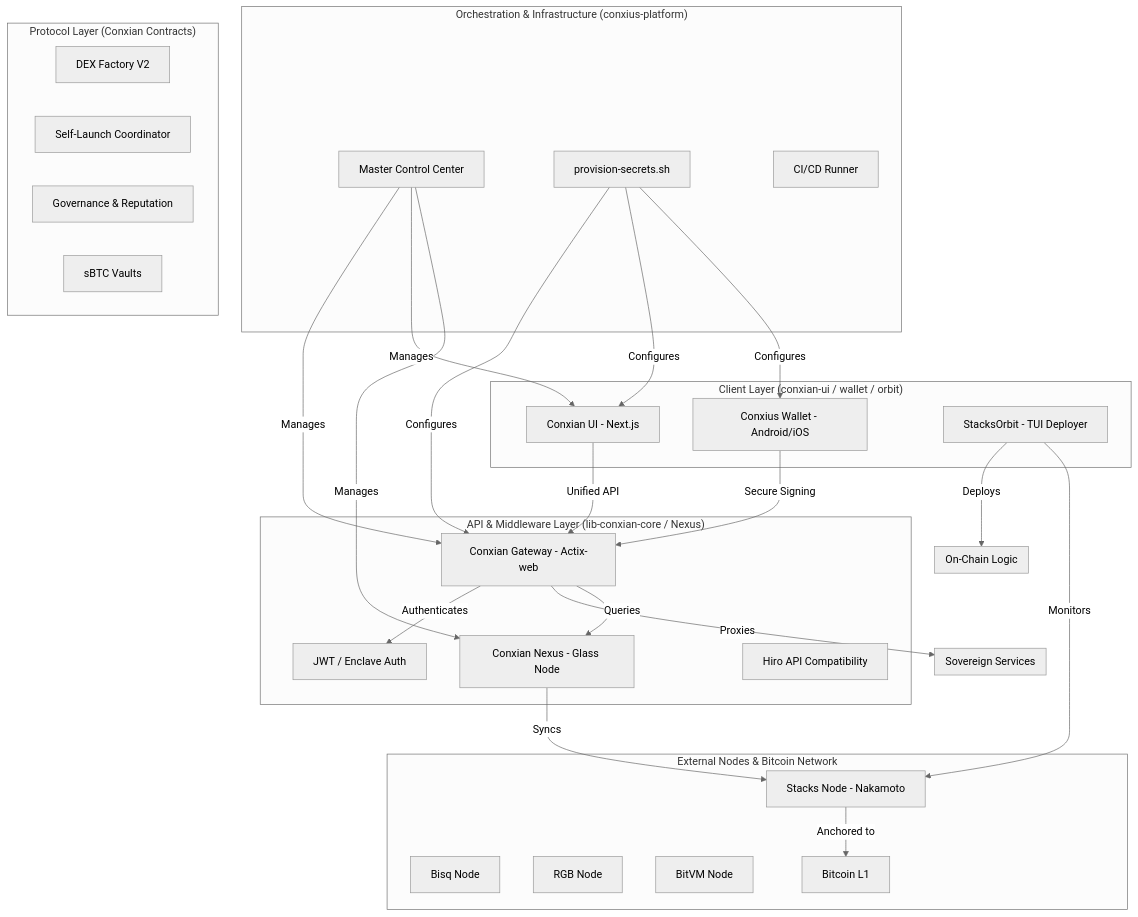
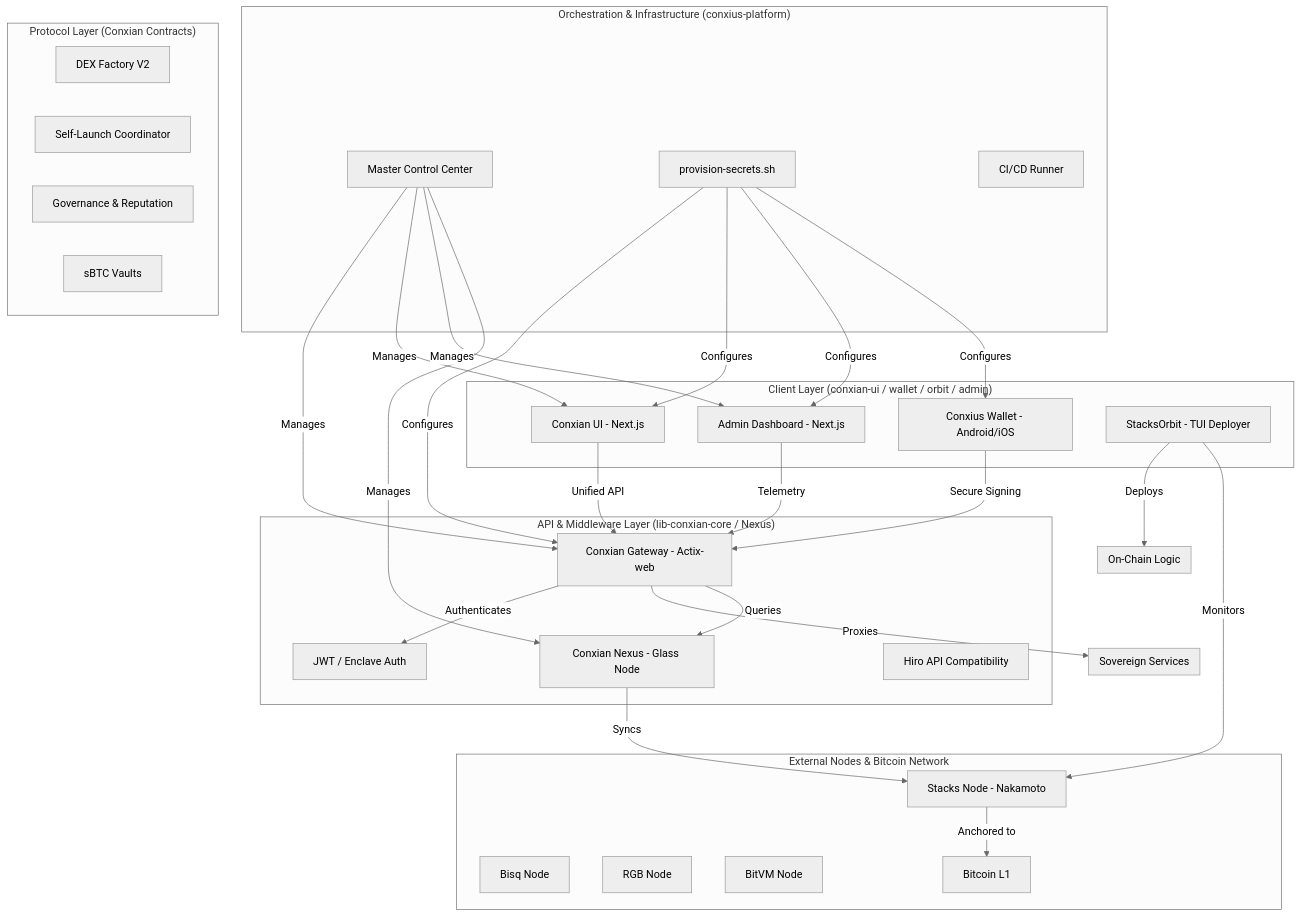
Before and after one commit to Conxian/conxius-platform: the diagram in SYSTEM_GRAPH.md, drawn with Mermaid (neutral theme). The commit also changed other lines of this file and 9 other files, not shown here.

````diff
--- a/SYSTEM_GRAPH.md
+++ b/SYSTEM_GRAPH.md
@@ -5,68 +5,72 @@
 ```mermaid
 graph TD
     subgraph "Orchestration & Infrastructure (conxius-platform)"
         P[Master Control Center]
         S[provision-secrets.sh]
         CI[CI/CD Runner]
     end
 
     subgraph "API & Middleware Layer (lib-conxian-core / Nexus)"
         GW[Conxian Gateway - Actix-web]
         NX[Conxian Nexus - Glass Node]
         AUTH[JWT / Enclave Auth]
         HIRO[Hiro API Compatibility]
     end
 
-    subgraph "Client Layer (conxian-ui / wallet / orbit)"
+    subgraph "Client Layer (conxian-ui / wallet / orbit / admin)"
         UI[Conxian UI - Next.js]
+        ADM[Admin Dashboard - Next.js]
         W[Conxius Wallet - Android/iOS]
         ORB[StacksOrbit - TUI Deployer]
     end
 
     subgraph "Protocol Layer (Conxian Contracts)"
         DEX[DEX Factory V2]
         LAUNCH[Self-Launch Coordinator]
         GOV[Governance & Reputation]
         SBTC[sBTC Vaults]
     end
 
     subgraph "External Nodes & Bitcoin Network"
         BISQ[Bisq Node]
         RGB[RGB Node]
         BITVM[BitVM Node]
         STX[Stacks Node - Nakamoto]
         BTC[Bitcoin L1]
     end
 
     P -->|Manages| GW
     P -->|Manages| UI
+    P -->|Manages| ADM
     P -->|Manages| NX
     S -->|Configures| GW
     S -->|Configures| UI
+    S -->|Configures| ADM
     S -->|Configures| W
 
     UI -->|Unified API| GW
+    ADM -->|Telemetry| GW
     W -->|Secure Signing| GW
     ORB -->|Deploys| Protocol
     ORB -->|Monitors| STX
 
     GW -->|Authenticates| AUTH
     GW -->|Proxies| Sovereign
     GW -->|Queries| NX
     NX -->|Syncs| STX
 
     STX -->|Anchored to| BTC
 
     subgraph Protocol [On-Chain Logic]
         DEX
         LAUNCH
         GOV
         SBTC
     end
 
     subgraph Sovereign [Sovereign Services]
         BISQ
         RGB
         BITVM
     end
 ```
````
